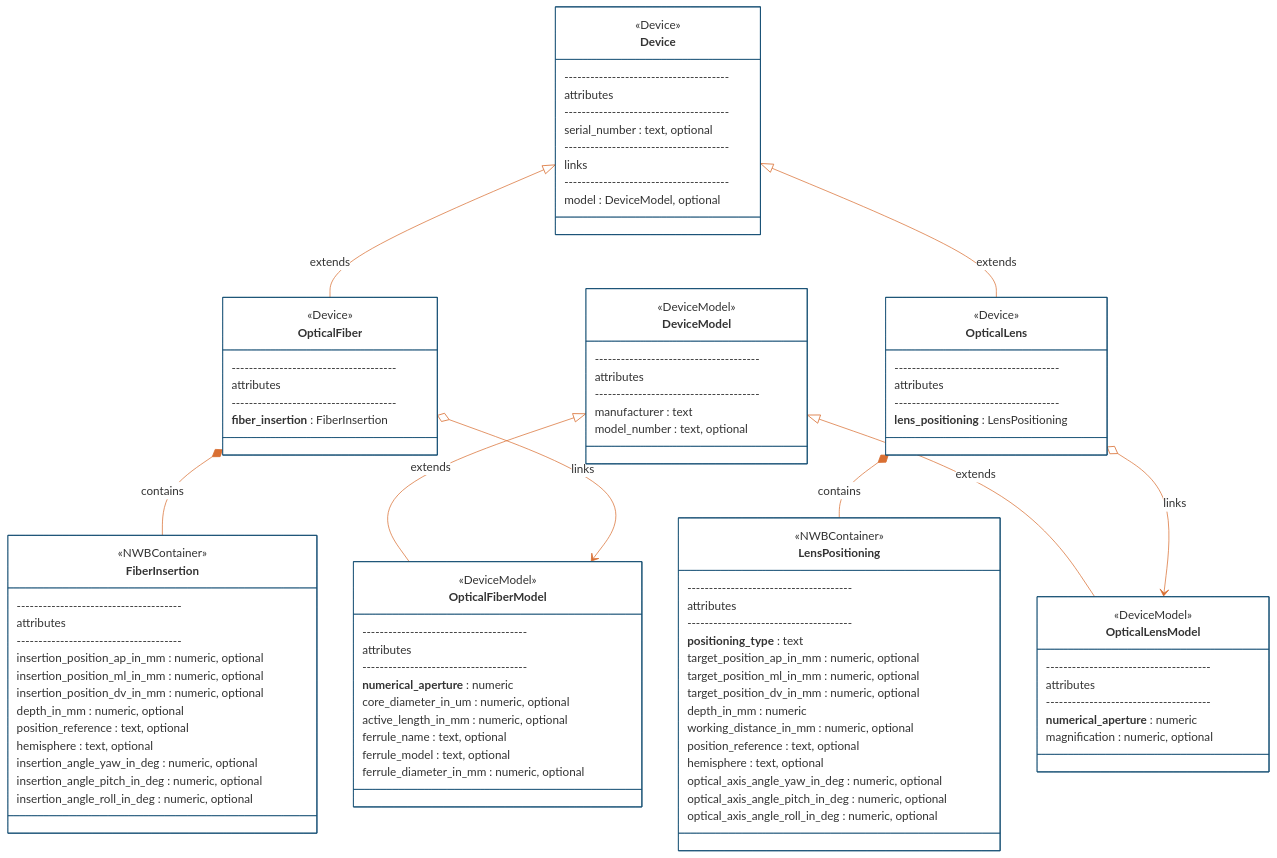
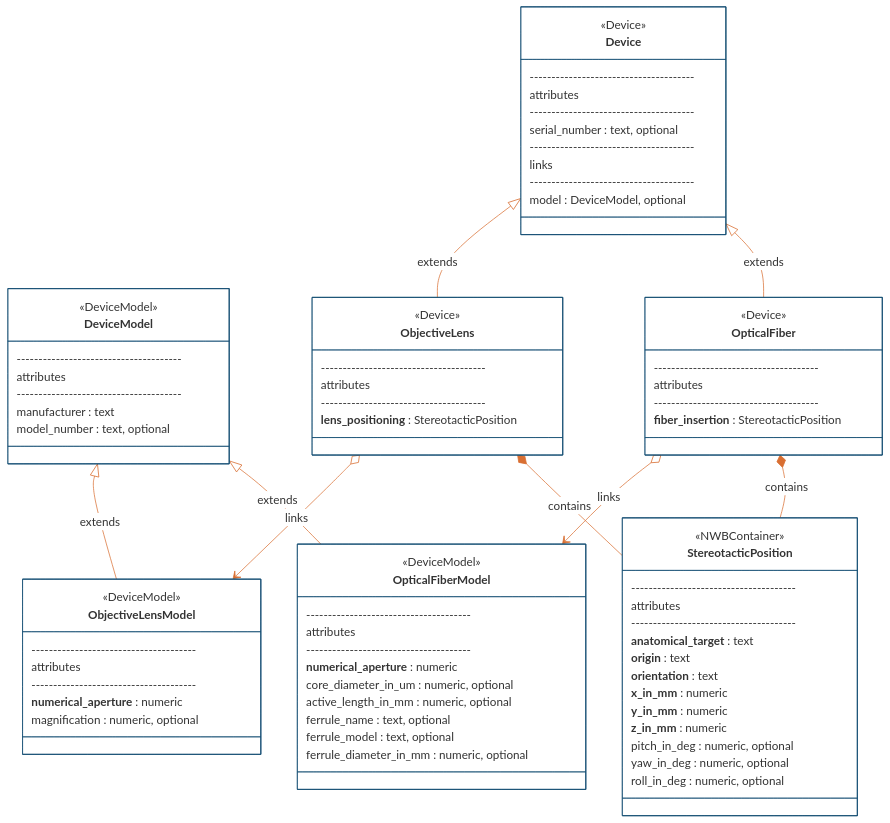
The third of 4 diagrams in README.md (catalystneuro/ndx-ophys-devices), drawn with Mermaid before and after one commit. The commit also changed other lines of this file and 10 other files, not shown here.

````diff
--- a/README.md
+++ b/README.md
@@ -496,20 +508,20 @@
         model : DeviceModel, optional
     }
     
-    class FiberInsertion{
+    class StereotacticPosition{
         <<NWBContainer>>
         --------------------------------------
         attributes
         --------------------------------------
-        insertion_position_ap_in_mm : numeric, optional
-        insertion_position_ml_in_mm : numeric, optional
-        insertion_position_dv_in_mm : numeric, optional
-        depth_in_mm : numeric, optional
-        position_reference : text, optional
-        hemisphere : text, optional
-        insertion_angle_yaw_in_deg : numeric, optional
-        insertion_angle_pitch_in_deg : numeric, optional
-        insertion_angle_roll_in_deg : numeric, optional
+        **anatomical_target** : text
+        **origin** : text
+        **orientation** : text
+        **x_in_mm** : numeric
+        **y_in_mm** : numeric
+        **z_in_mm** : numeric
+        pitch_in_deg : numeric, optional
+        yaw_in_deg : numeric, optional
+        roll_in_deg : numeric, optional
     }
 
      class OpticalFiberModel{
@@ -530,28 +542,10 @@
         --------------------------------------
         attributes
         --------------------------------------
-        **fiber_insertion** : FiberInsertion
-    }
-    
-    class LensPositioning{
-        <<NWBContainer>>
-        --------------------------------------
-        attributes
-        --------------------------------------
-        **positioning_type** : text
-        target_position_ap_in_mm : numeric, optional
-        target_position_ml_in_mm : numeric, optional
-        target_position_dv_in_mm : numeric, optional
-        depth_in_mm : numeric
-        working_distance_in_mm : numeric, optional
-        position_reference : text, optional
-        hemisphere : text, optional
-        optical_axis_angle_yaw_in_deg : numeric, optional
-        optical_axis_angle_pitch_in_deg : numeric, optional
-        optical_axis_angle_roll_in_deg : numeric, optional
+        **fiber_insertion** : StereotacticPosition
     }
 
-    class OpticalLensModel{
+    class ObjectiveLensModel{
         <<DeviceModel>>
         --------------------------------------
         attributes
@@ -560,21 +554,21 @@
         magnification : numeric, optional
     }
     
-    class OpticalLens{
+    class ObjectiveLens{
         <<Device>>
         --------------------------------------
         attributes
         --------------------------------------
-        **lens_positioning** : LensPositioning
+        **lens_positioning** : StereotacticPosition
     }
 
     DeviceModel <|-- OpticalFiberModel : extends
     Device <|-- OpticalFiber : extends
-    OpticalFiber *-- FiberInsertion : contains
+    OpticalFiber *-- StereotacticPosition : contains
     OpticalFiber o--> OpticalFiberModel : links
 
-    DeviceModel <|-- OpticalLensModel : extends
-    Device <|-- OpticalLens : extends
-    OpticalLens *-- LensPositioning : contains
-    OpticalLens o--> OpticalLensModel : links
+    DeviceModel <|-- ObjectiveLensModel : extends
+    Device <|-- ObjectiveLens : extends
+    ObjectiveLens *-- StereotacticPosition : contains
+    ObjectiveLens o--> ObjectiveLensModel : links
 ```
````
